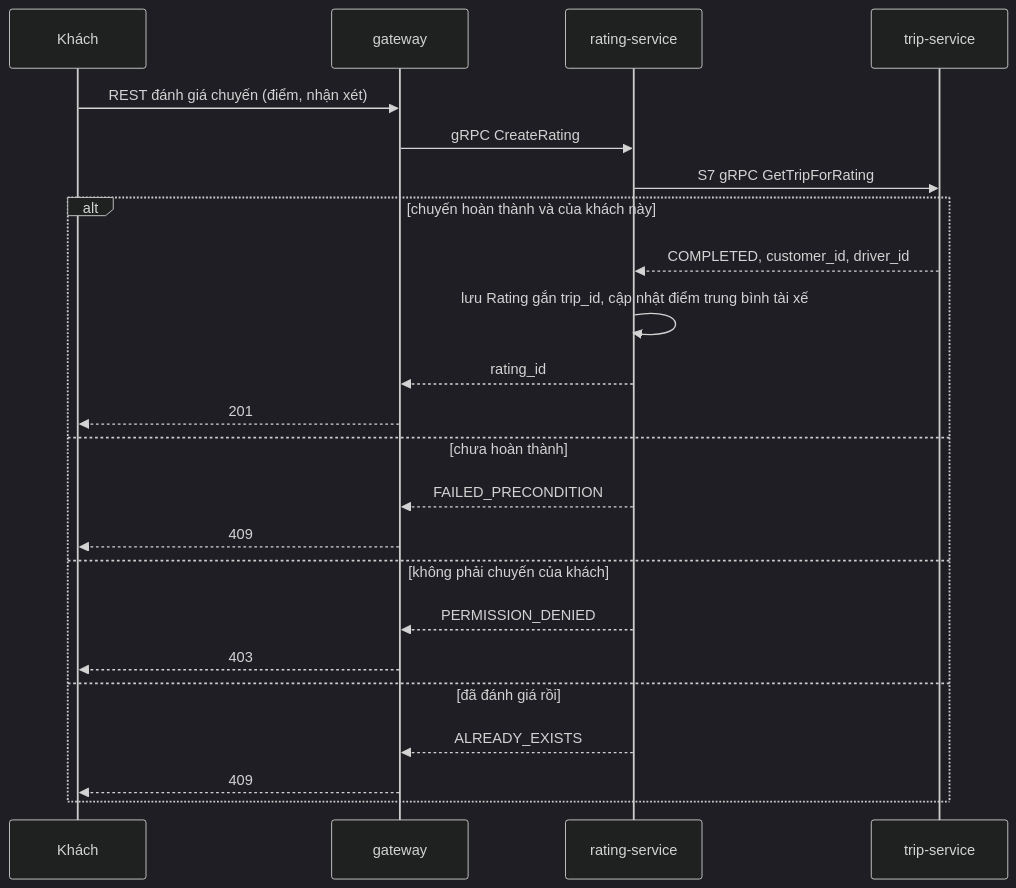
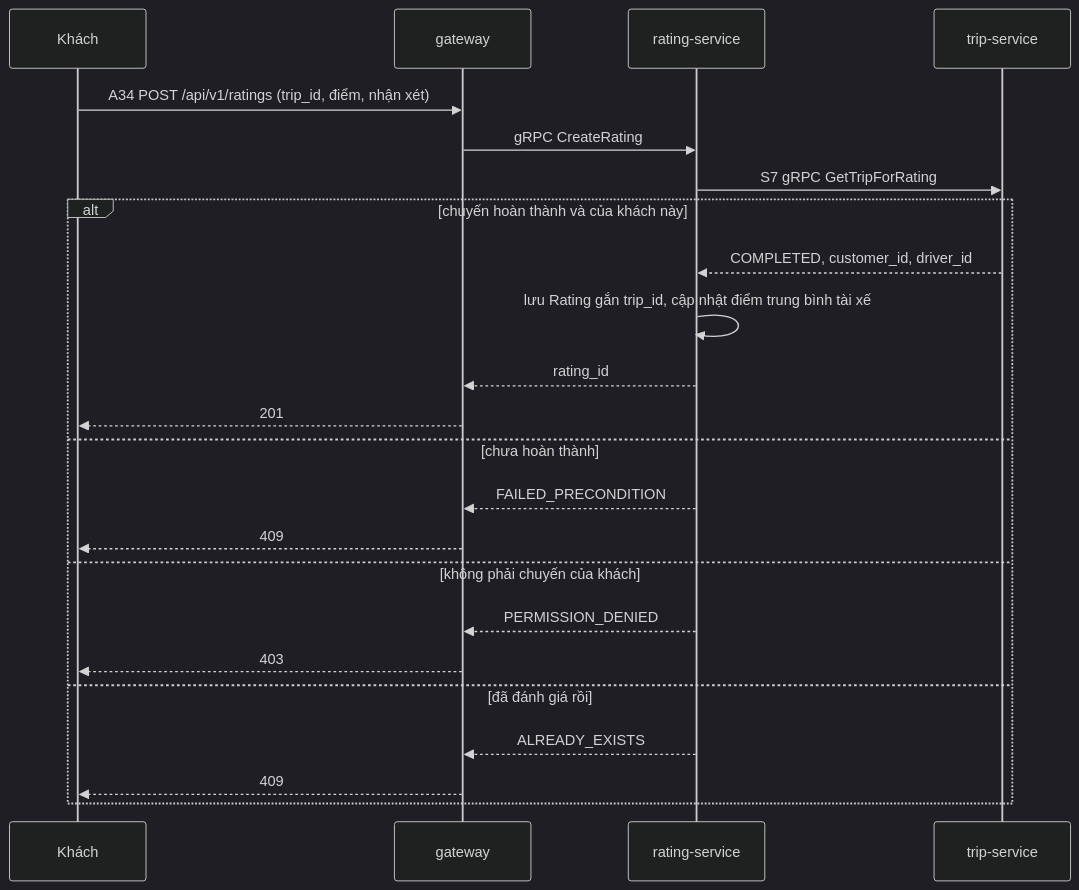
Before and after one commit to nghuuduc21/23699411_NguyenHuuDuc_CabSystem: the seventh of 7 diagrams in docs/design/02-kien-truc-giao-tiep.md, drawn with Mermaid (dark theme). The commit also changed other lines of this file and 13 other files, not shown here.

````diff
--- a/docs/design/02-kien-truc-giao-tiep.md
+++ b/docs/design/02-kien-truc-giao-tiep.md
@@ -618,26 +619,26 @@
 ```mermaid
 sequenceDiagram
   participant KH as Khách
   participant GW as gateway
   participant R as rating-service
   participant T as trip-service
 
-  KH->>GW: REST đánh giá chuyến (điểm, nhận xét)
+  KH->>GW: A34 POST /api/v1/ratings (trip_id, điểm, nhận xét)
   GW->>R: gRPC CreateRating
   R->>T: S7 gRPC GetTripForRating
   alt chuyến hoàn thành và của khách này
     T-->>R: COMPLETED, customer_id, driver_id
     R->>R: lưu Rating gắn trip_id, cập nhật điểm trung bình tài xế
     R-->>GW: rating_id
     GW-->>KH: 201
   else chưa hoàn thành
     R-->>GW: FAILED_PRECONDITION
     GW-->>KH: 409
   else không phải chuyến của khách
     R-->>GW: PERMISSION_DENIED
     GW-->>KH: 403
   else đã đánh giá rồi
     R-->>GW: ALREADY_EXISTS
     GW-->>KH: 409
   end
 ```
````
